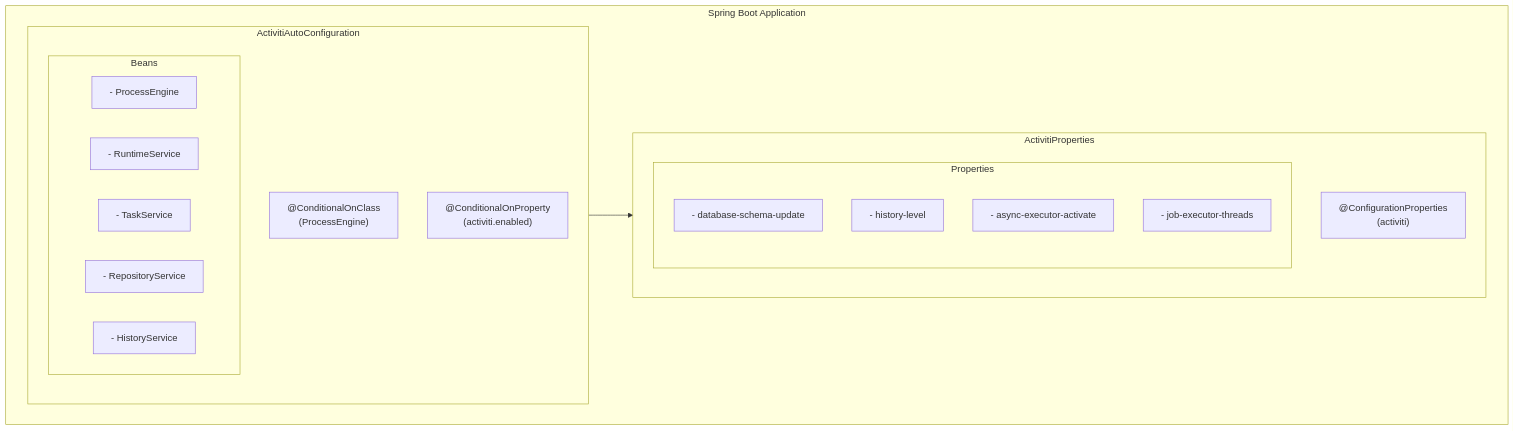
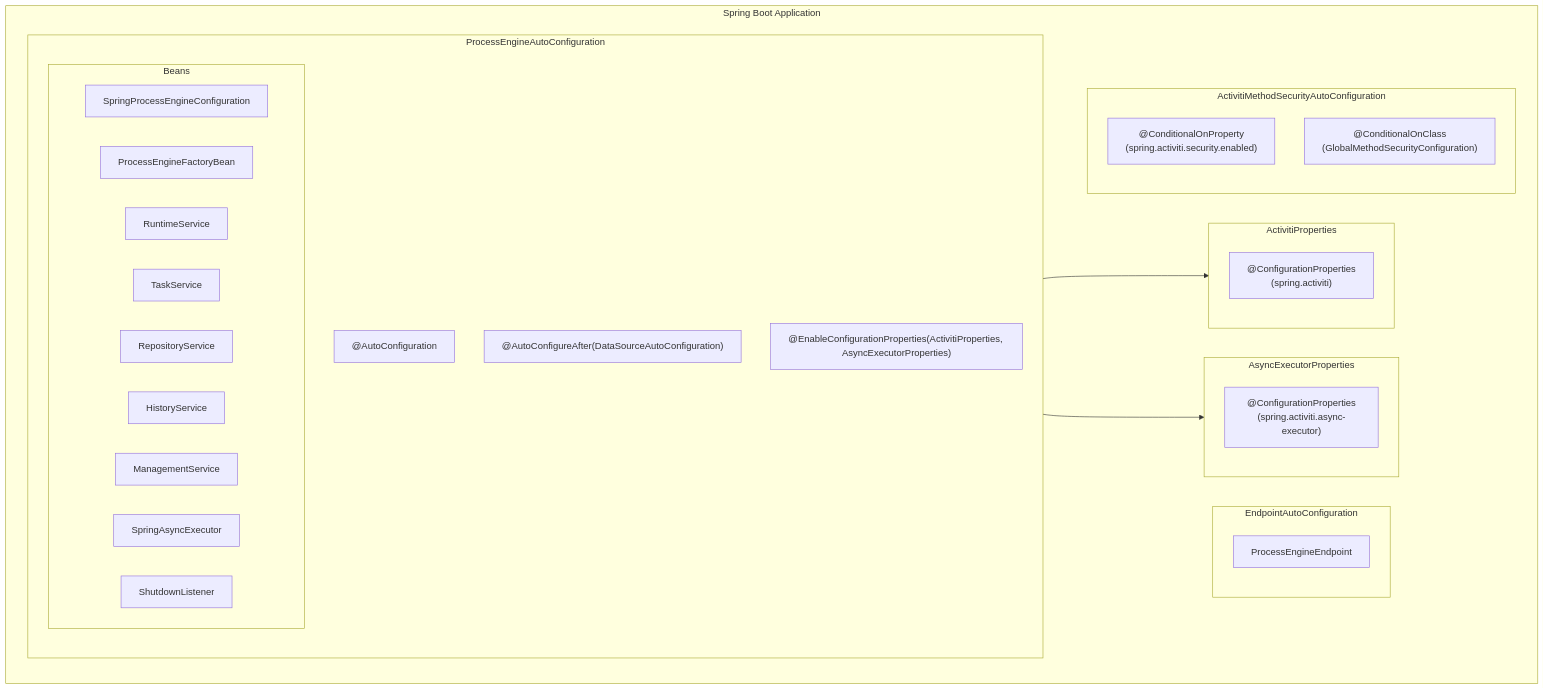
Before and after one commit to CaptainGlac1er/activiti-documentation: the second of 2 diagrams in docs/api-reference/engine-api/spring-boot-starter.md, drawn with Mermaid. The commit also changed other lines of this file and 53 other files, not shown here.

````diff
--- a/docs/api-reference/engine-api/spring-boot-starter.md
+++ b/docs/api-reference/engine-api/spring-boot-starter.md
@@ -87,30 +111,42 @@
 ```mermaid
 flowchart TD
     subgraph SpringBootApp["Spring Boot Application"]
-        subgraph AutoConfig["ActivitiAutoConfiguration"]
-            AC1["@ConditionalOnClass<br>(ProcessEngine)"]
-            AC2["@ConditionalOnProperty<br>(activiti.enabled)"]
-            
+        subgraph AutoConfig["ProcessEngineAutoConfiguration"]
+            AC1["@AutoConfiguration"]
+            AC2["@AutoConfigureAfter(DataSourceAutoConfiguration)"]
+            AC3["@EnableConfigurationProperties(ActivitiProperties, AsyncExecutorProperties)"]
+
             subgraph Beans["Beans"]
-                B1["- ProcessEngine"]
-                B2["- RuntimeService"]
-                B3["- TaskService"]
-                B4["- RepositoryService"]
-                B5["- HistoryService"]
+                B1["SpringProcessEngineConfiguration"]
+                B2["ProcessEngineFactoryBean"]
+                B3["RuntimeService"]
+                B4["TaskService"]
+                B5["RepositoryService"]
+                B6["HistoryService"]
+                B7["ManagementService"]
+                B8["SpringAsyncExecutor"]
+                B9["ShutdownListener"]
             end
         end
-        
+
         subgraph Properties["ActivitiProperties"]
-            P1["@ConfigurationProperties<br>(activiti)"]
-            
-            subgraph Props["Properties"]
-                PR1["- database-schema-update"]
-                PR2["- history-level"]
-                PR3["- async-executor-activate"]
-                PR4["- job-executor-threads"]
-            end
+            P1["@ConfigurationProperties<br>(spring.activiti)"]
+        end
+
+        subgraph AsyncProps["AsyncExecutorProperties"]
+            P2["@ConfigurationProperties<br>(spring.activiti.async-executor)"]
+        end
+
+        subgraph EndpointCfg["EndpointAutoConfiguration"]
+            E1["ProcessEngineEndpoint"]
+        end
+
+        subgraph SecurityCfg["ActivitiMethodSecurityAutoConfiguration"]
+            S1["@ConditionalOnProperty<br>(spring.activiti.security.enabled)"]
+            S2["@ConditionalOnClass<br>(GlobalMethodSecurityConfiguration)"]
         end
     end
-    
+
     AutoConfig --> Properties
+    AutoConfig --> AsyncProps
 ```
````
